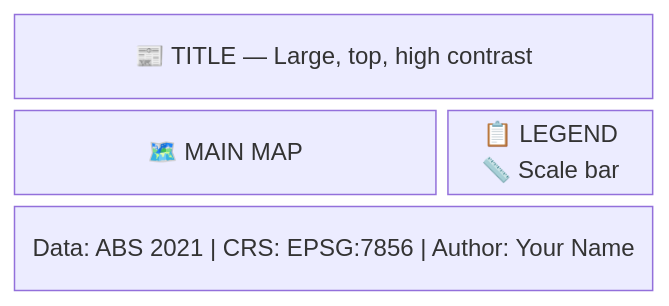
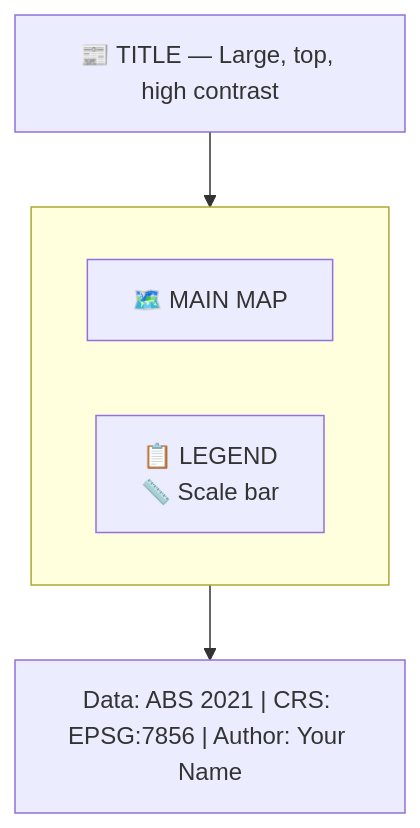
The diagram in site_docs/reference/design-rubric.md (clairecda/GIS_teaching), drawn with Mermaid before and after one commit. The commit also changed other lines of this file and 1 other file, not shown here.

First line of the commit message:
Fix Mermaid diagrams - replace unsupported block-beta with flowcharts/tables

````diff
--- a/site_docs/reference/design-rubric.md
+++ b/site_docs/reference/design-rubric.md
@@ -209,7 +206,11 @@
 ```mermaid
-block-beta
-    columns 3
-    TITLE["📰 TITLE — Large, top, high contrast"]:3
-    MAP["🗺️ MAIN MAP"]:2 SIDEBAR["📋 LEGEND<br/>📏 Scale bar"]:1
-    CREDITS["Data: ABS 2021 | CRS: EPSG:7856 | Author: Your Name"]:3
+flowchart TB
+    TITLE["📰 TITLE — Large, top, high contrast"]
+    subgraph content[" "]
+        direction LR
+        MAP["🗺️ MAIN MAP"]
+        SIDEBAR["📋 LEGEND<br/>📏 Scale bar"]
+    end
+    CREDITS["Data: ABS 2021 | CRS: EPSG:7856 | Author: Your Name"]
+    TITLE --> content --> CREDITS
 ```
````
